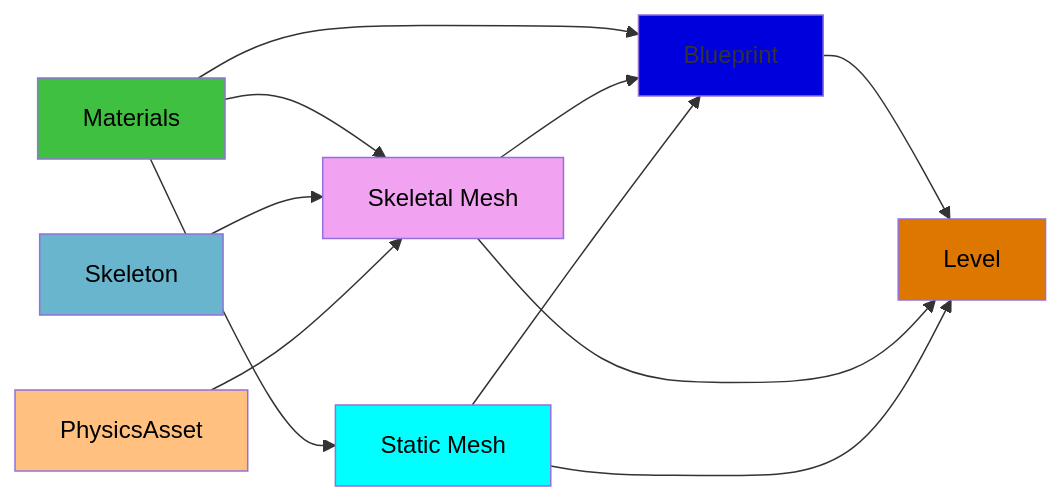
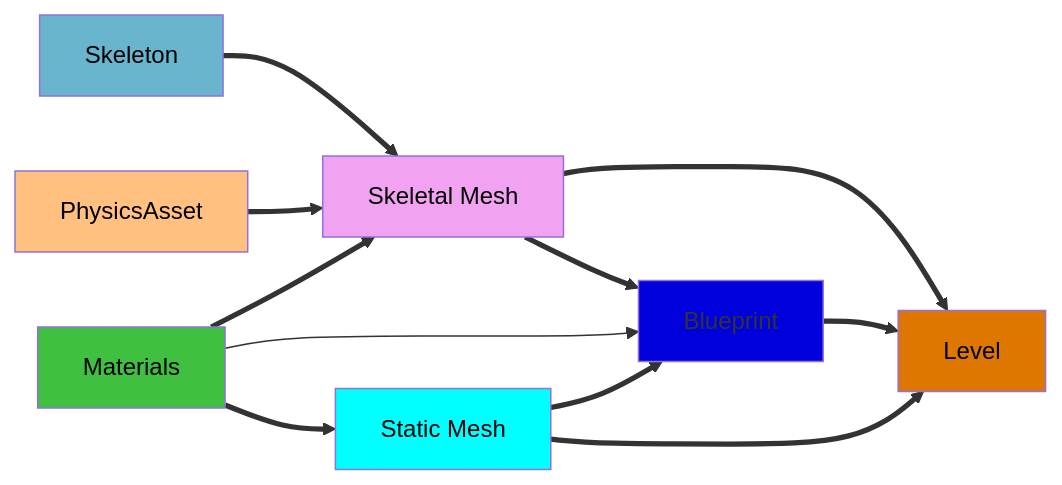
One commit to MissouriMRDT/RoveSoSimulator changed the diagram in _docs/unreal/uassets.md. Above: the diagram before and after it, drawn with Mermaid. The commit also changed other lines of this file, not shown here.

````diff
--- a/_docs/unreal/uassets.md
+++ b/_docs/unreal/uassets.md
@@ -48,21 +47,21 @@
 ```mermaid
 graph LR
-Material[Materials] --> SkeletalMesh
+Blueprint[Blueprint] ==> Level[Level]
+Skeleton[Skeleton] ==> SkeletalMesh["Skeletal Mesh"]
+SkeletalMesh ==> Level
+StaticMesh["Static Mesh"] ==> Blueprint
+Material[Materials] ==> SkeletalMesh
+PhysicsAsset ==> SkeletalMesh
+SkeletalMesh ==> Blueprint
+StaticMesh ==> Level
 Material --> Blueprint
-Material --> StaticMesh
-Skeleton[Skeleton] --> SkeletalMesh[SkeletalMesh]
-PhysicsAsset --> SkeletalMesh[SkeletalMesh]
-Blueprint[Blueprint] --> Level[Level]
-SkeletalMesh["Skeletal Mesh"] --> Blueprint
-SkeletalMesh["Skeletal Mesh"] --> Level[Level]
-StaticMesh["Static Mesh"] --> Blueprint
-StaticMesh["Static Mesh"] --> Level[Level]
+Material ==> StaticMesh
 
 style Material fill:#40c040,color:#000000
 style SkeletalMesh fill:#f1a3f1,color:#000000
 style StaticMesh fill:#00ffff,color:#000000
 style Skeleton fill:#69b5cd,color:#000000
 style PhysicsAsset fill:#ffc080,color:#000000
 style Blueprint fill:#0000DD
 style Level fill:#DD7700,color:#000000
 ```
````
